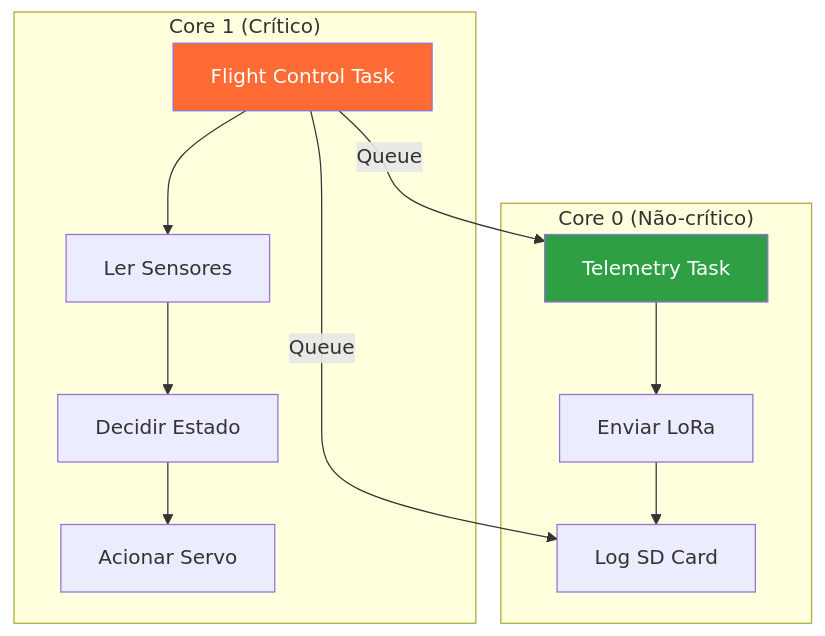
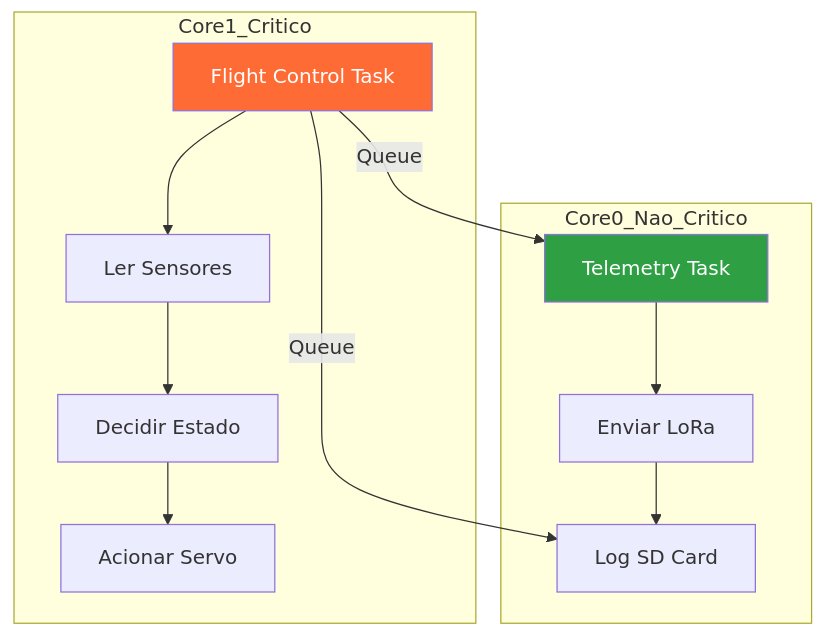
Before and after one commit to ViniciusCMB/telemetry-trainee-program: the first of 2 diagrams in docs/trilhas/firmware-architecture.md, drawn with Mermaid. The commit also changed 8 other files, not shown here.

First line of the commit message:
fix: corrige syntaxe Mermaid flowcharts para exibicao web

````diff
--- a/docs/trilhas/firmware-architecture.md
+++ b/docs/trilhas/firmware-architecture.md
@@ -20,21 +20,21 @@
 ```mermaid
 flowchart TD
-    subgraph "Core 1 (Crítico)"
+    subgraph Core1_Critico
         FC[Flight Control Task]
         FC --> S[Ler Sensores]
         S --> D[Decidir Estado]
         D --> A[Acionar Servo]
     end
     
-    subgraph "Core 0 (Não-crítico)"
+    subgraph Core0_Nao_Critico
         T[Telemetry Task]
         T --> L[Enviar LoRa]
         L --> G[Log SD Card]
     end
     
     FC -->|Queue| T
     FC -->|Queue| G
     
     style FC fill:#ff6b35,color:#fff
     style T fill:#2ea043,color:#fff
 ```
````
